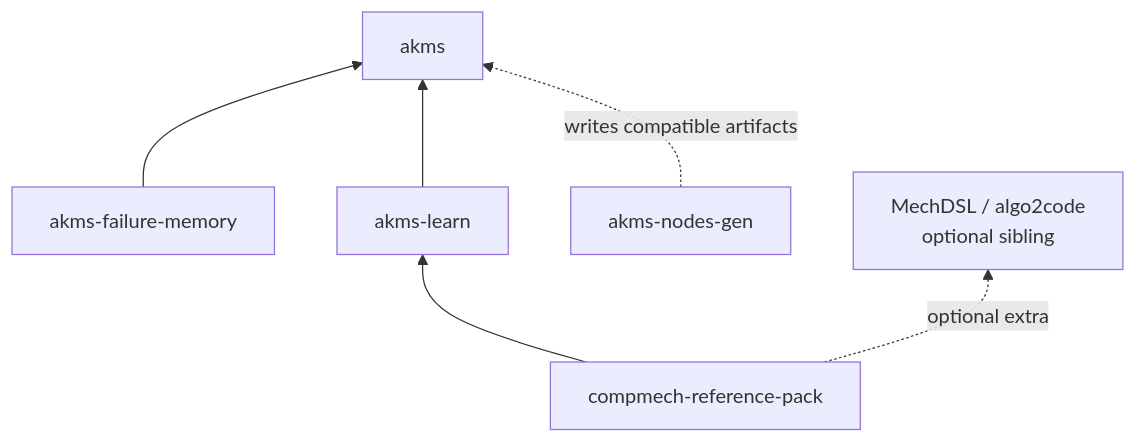
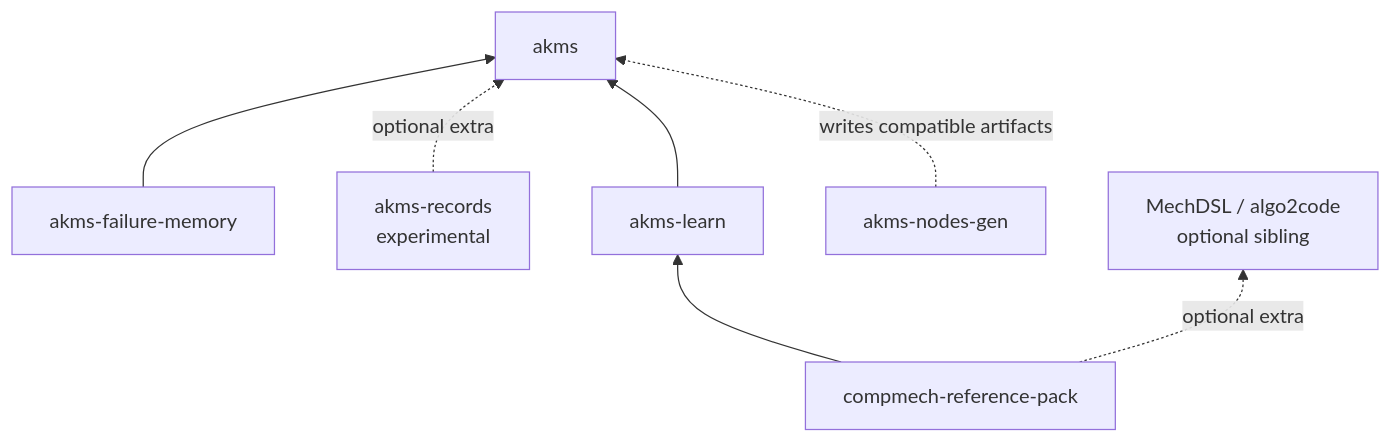
The diagram in docs/architecture/modules.md (CEmM2/AKMS), drawn with Mermaid before and after one commit. The commit also changed other lines of this file and 125 other files, not shown here.

````diff
--- a/docs/architecture/modules.md
+++ b/docs/architecture/modules.md
@@ -8,15 +8,17 @@
 ```mermaid
 flowchart BT
     Core["akms"]
     Gen["akms-nodes-gen"]
     FM["akms-failure-memory"]
+    Rec["akms-records<br/>experimental"]
     Learn["akms-learn"]
     Comp["compmech-reference-pack"]
     Mech["MechDSL / algo2code<br/>optional sibling"]
 
     FM --> Core
+    Rec -. optional extra .-> Core
     Learn --> Core
     Comp --> Learn
     Comp -. optional extra .-> Mech
     Gen -. writes compatible artifacts .-> Core
 ```
````
